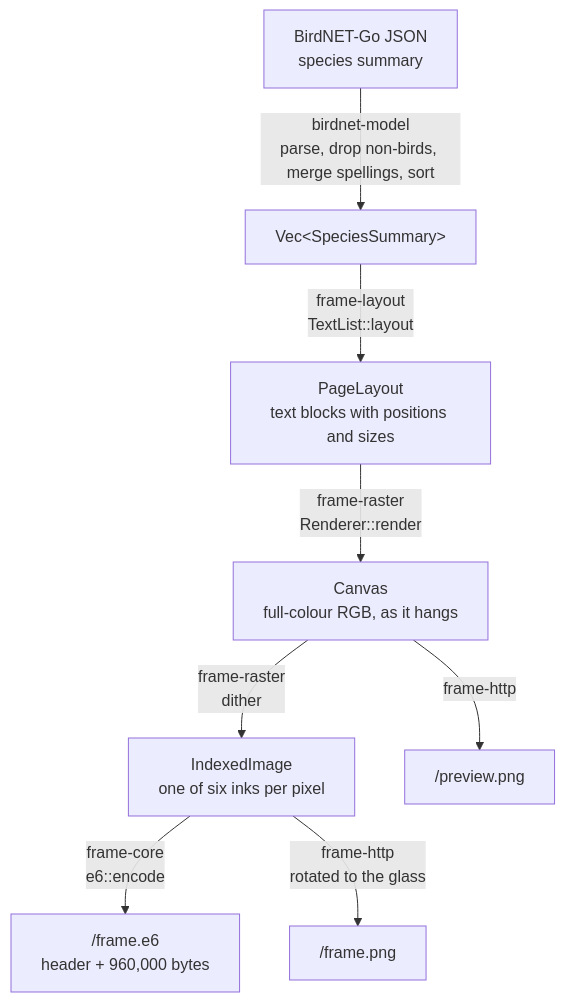
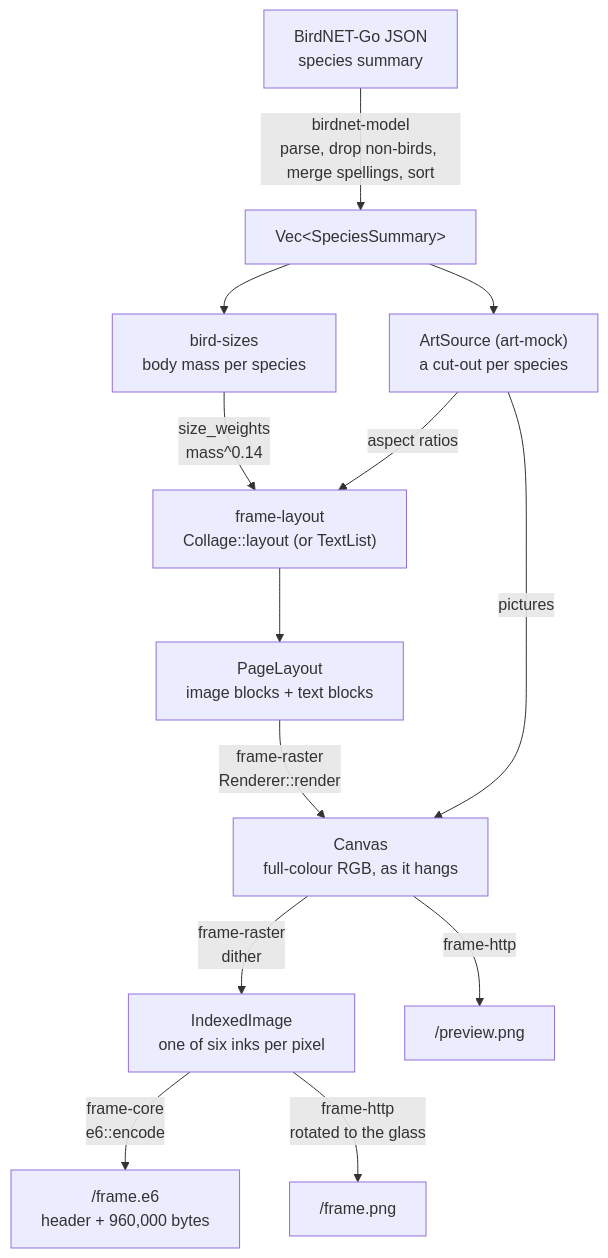
One commit to Filip-Pajalic/birdnet-go-frame changed the first of 4 diagrams in docs/explanation/image-pipeline.md. Above: the diagram before and after it, drawn with Mermaid. The commit also changed other lines of this file and 11 other files, not shown here.

````diff
--- a/docs/explanation/image-pipeline.md
+++ b/docs/explanation/image-pipeline.md
@@ -6,10 +8,15 @@
 ```mermaid
 flowchart TD
     json["BirdNET-Go JSON<br/>species summary"] -->|"birdnet-model<br/>parse, drop non-birds, merge spellings, sort"| species["Vec&lt;SpeciesSummary&gt;"]
-    species -->|"frame-layout<br/>TextList::layout"| layout["PageLayout<br/>text blocks with positions and sizes"]
+    species --> sizes["bird-sizes<br/>body mass per species"]
+    species --> art["ArtSource (art-mock)<br/>a cut-out per species"]
+    sizes -->|"size_weights<br/>mass^0.14"| collage
+    art -->|aspect ratios| collage
+    collage["frame-layout<br/>Collage::layout (or TextList)"] --> layout["PageLayout<br/>image blocks + text blocks"]
+    art -->|pictures| canvas
     layout -->|"frame-raster<br/>Renderer::render"| canvas["Canvas<br/>full-colour RGB, as it hangs"]
     canvas -->|"frame-raster<br/>dither"| page["IndexedImage<br/>one of six inks per pixel"]
     page -->|"frame-core<br/>e6::encode"| e6["/frame.e6<br/>header + 960,000 bytes"]
     canvas -->|frame-http| preview["/preview.png"]
     page -->|"frame-http<br/>rotated to the glass"| framepng["/frame.png"]
 ```
````
